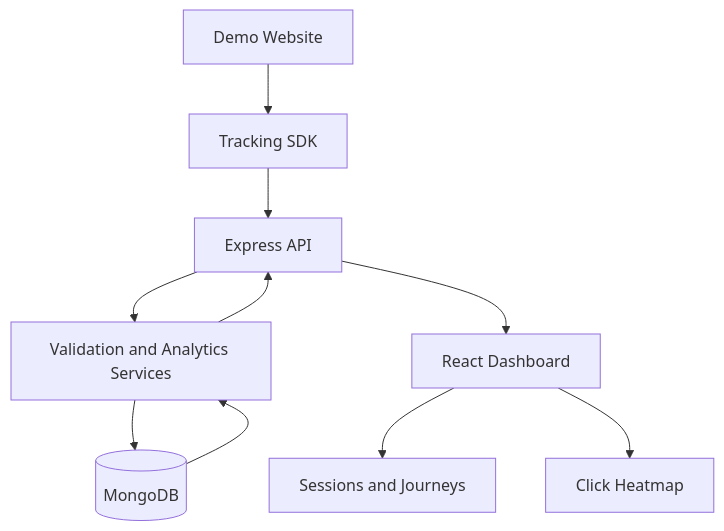
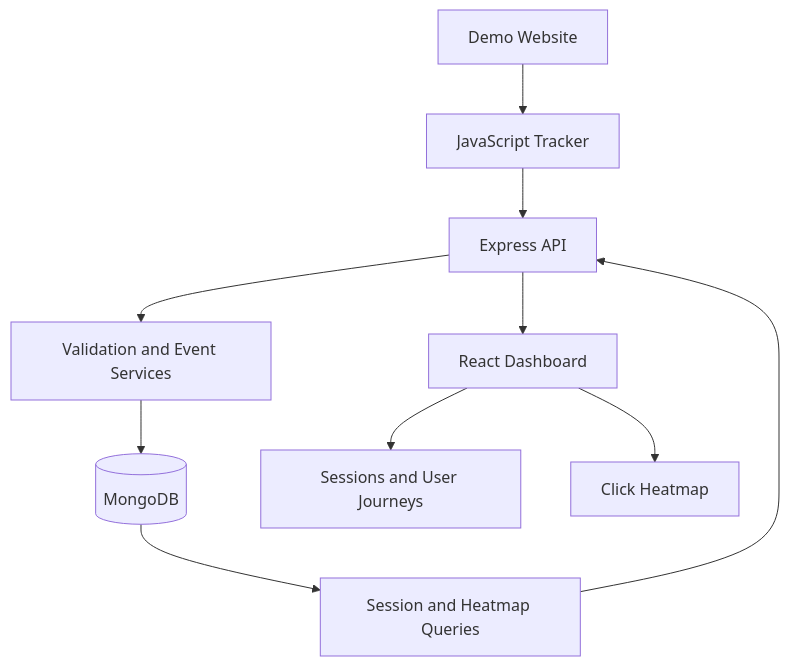
The diagram in README.md (utkarsh-0106/tracelens), drawn with Mermaid before and after one commit. The commit also changed other lines of this file, not shown here.

````diff
--- a/README.md
+++ b/README.md
@@ -19,12 +32,12 @@
 ```mermaid
 flowchart TD
-  A[Demo Website] --> B[Tracking SDK]
-  B --> C[Express API]
-  C --> D[Validation and Analytics Services]
-  D --> E[(MongoDB)]
-  E --> D
-  D --> C
-  C --> F[React Dashboard]
-  F --> G[Sessions and Journeys]
-  F --> H[Click Heatmap]
+    A[Demo Website] --> B[JavaScript Tracker]
+    B --> C[Express API]
+    C --> D[Validation and Event Services]
+    D --> E[(MongoDB)]
+    E --> F[Session and Heatmap Queries]
+    F --> C
+    C --> G[React Dashboard]
+    G --> H[Sessions and User Journeys]
+    G --> I[Click Heatmap]
 ```
````
